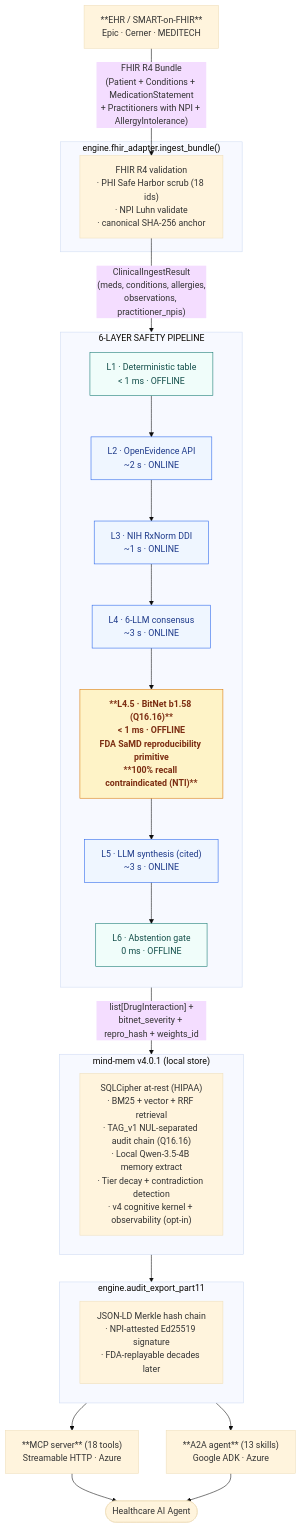
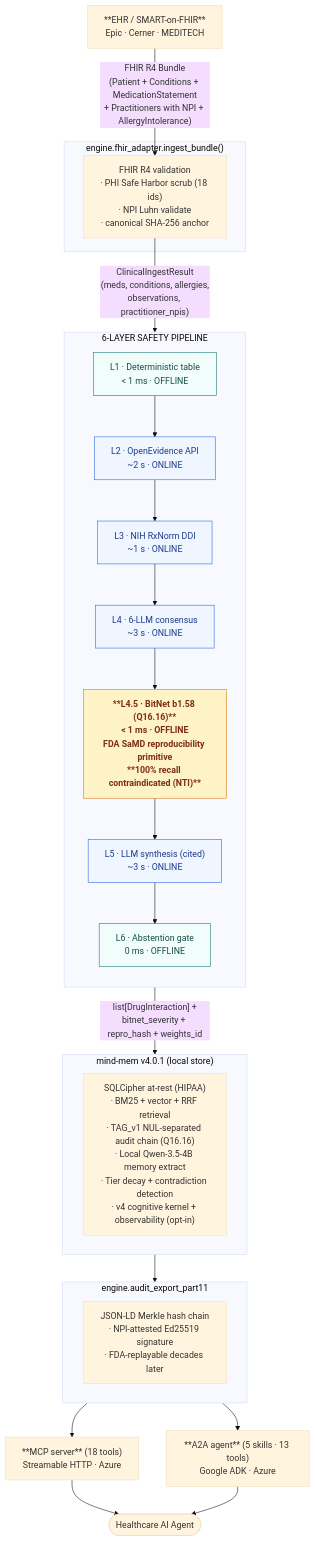
One commit to star-ga/clinicalmem changed the first of 3 diagrams in docs/architecture.md. Above: the diagram before and after it, drawn with Mermaid (base theme). The commit also changed 21 other files, not shown here.

````diff
--- a/docs/architecture.md
+++ b/docs/architecture.md
@@ -14,49 +14,49 @@
 ```mermaid
 flowchart TB
     EHR["**EHR / SMART-on-FHIR**<br/>Epic · Cerner · MEDITECH"]
     AGENT(["Healthcare AI Agent"])
 
     EHR -->|"FHIR R4 Bundle<br/>(Patient + Conditions + MedicationStatement<br/>+ Practitioners with NPI + AllergyIntolerance)"| FHIR
 
     subgraph INGEST["engine.fhir_adapter.ingest_bundle()"]
       FHIR["FHIR R4 validation<br/>· PHI Safe Harbor scrub (18 ids)<br/>· NPI Luhn validate<br/>· canonical SHA-256 anchor"]
     end
 
     FHIR -->|"ClinicalIngestResult<br/>(meds, conditions, allergies,<br/>observations, practitioner_npis)"| L1
 
     subgraph PIPELINE["6-LAYER SAFETY PIPELINE"]
       direction TB
       L1["L1 · Deterministic table<br/>&lt; 1 ms · OFFLINE"]
       L2["L2 · OpenEvidence API<br/>~2 s · ONLINE"]
       L3["L3 · NIH RxNorm DDI<br/>~1 s · ONLINE"]
       L4["L4 · 6-LLM consensus<br/>~3 s · ONLINE"]
       L45["**L4.5 · BitNet b1.58 (Q16.16)**<br/>&lt; 1 ms · OFFLINE<br/>FDA SaMD reproducibility primitive<br/>**100% recall contraindicated (NTI)**"]
       L5["L5 · LLM synthesis (cited)<br/>~3 s · ONLINE"]
       L6["L6 · Abstention gate<br/>0 ms · OFFLINE"]
       L1 --> L2 --> L3 --> L4 --> L45 --> L5 --> L6
     end
 
     L6 -->|"list[DrugInteraction] +<br/>bitnet_severity + repro_hash + weights_id"| MEM
 
     subgraph MEM["mind-mem v4.0.1 (local store)"]
       MEM_INNER["SQLCipher at-rest (HIPAA)<br/>· BM25 + vector + RRF retrieval<br/>· TAG_v1 NUL-separated audit chain (Q16.16)<br/>· Local Qwen-3.5-4B memory extract<br/>· Tier decay + contradiction detection<br/>· v4 cognitive kernel + observability (opt-in)"]
     end
 
     MEM --> AUDIT
     subgraph AUDIT["engine.audit_export_part11"]
       AUDIT_INNER["JSON-LD Merkle hash chain<br/>· NPI-attested Ed25519 signature<br/>· FDA-replayable decades later"]
     end
 
     AUDIT --> MCP & A2A
     MCP["**MCP server** (18 tools)<br/>Streamable HTTP · Azure"]
-    A2A["**A2A agent** (13 skills)<br/>Google ADK · Azure"]
+    A2A["**A2A agent** (5 skills · 13 tools)<br/>Google ADK · Azure"]
     MCP --> AGENT
     A2A --> AGENT
 
     classDef offline fill:#F0FDFA,stroke:#0F766E,color:#134E4A
     classDef online fill:#EFF6FF,stroke:#2563eb,color:#1e3a8a
     classDef critical fill:#FEF3C7,stroke:#d97706,color:#7c2d12,font-weight:bold
     class L1,L45,L6 offline
     class L2,L3,L4,L5 online
     class L45 critical
 ```
````
